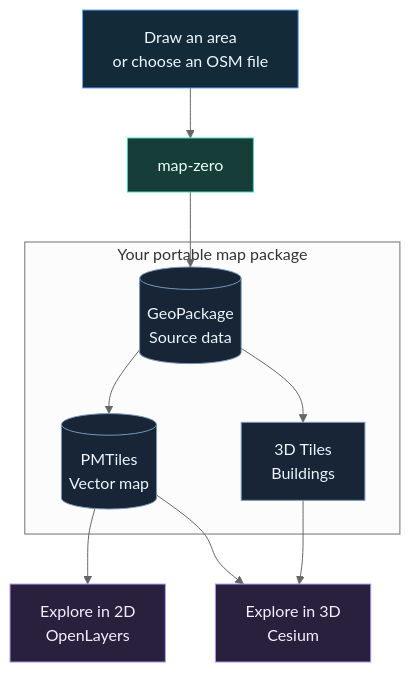
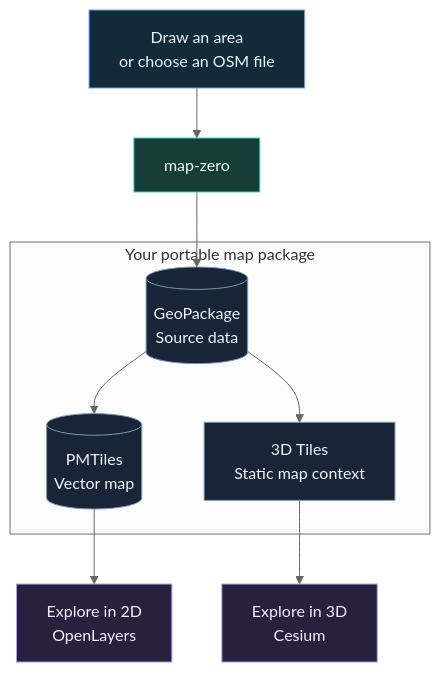
One commit to mploscos/map-zero changed the diagram in README.md. Above: the diagram before and after it, drawn with Mermaid (neutral theme). The commit also changed other lines of this file and 108 other files, not shown here.

Commit message:
Release 0.5.0: generic spatial data and static Cesium delivery

````diff
--- a/README.md
+++ b/README.md
@@ -88,23 +90,22 @@
 ```mermaid
 flowchart TD
     AREA["Draw an area<br/>or choose an OSM file"] --> BUILD["map-zero"]
     subgraph PACKAGE["Your portable map package"]
         DATA[("GeoPackage<br/>Source data")]
         VECTOR[("PMTiles<br/>Vector map")]
-        BUILDINGS["3D Tiles<br/>Buildings"]
+        BUILDINGS["3D Tiles<br/>Static map context"]
         DATA --> VECTOR
         DATA --> BUILDINGS
     end
     BUILD --> DATA
     VECTOR --> MAP2D["Explore in 2D<br/>OpenLayers"]
-    VECTOR --> MAP3D["Explore in 3D<br/>Cesium"]
-    BUILDINGS --> MAP3D
+    BUILDINGS --> MAP3D["Explore in 3D<br/>Cesium"]
     classDef source fill:#132b38,stroke:#68a4ff,color:#eef7ff
     classDef build fill:#163d37,stroke:#48d6bd,color:#e8fff9
     classDef data fill:#172536,stroke:#7898b8,color:#edf4fc
     classDef viewer fill:#29203d,stroke:#b39aef,color:#f4efff
     class AREA source
     class BUILD build
     class DATA,VECTOR,BUILDINGS data
     class MAP2D,MAP3D viewer
 ```
````
